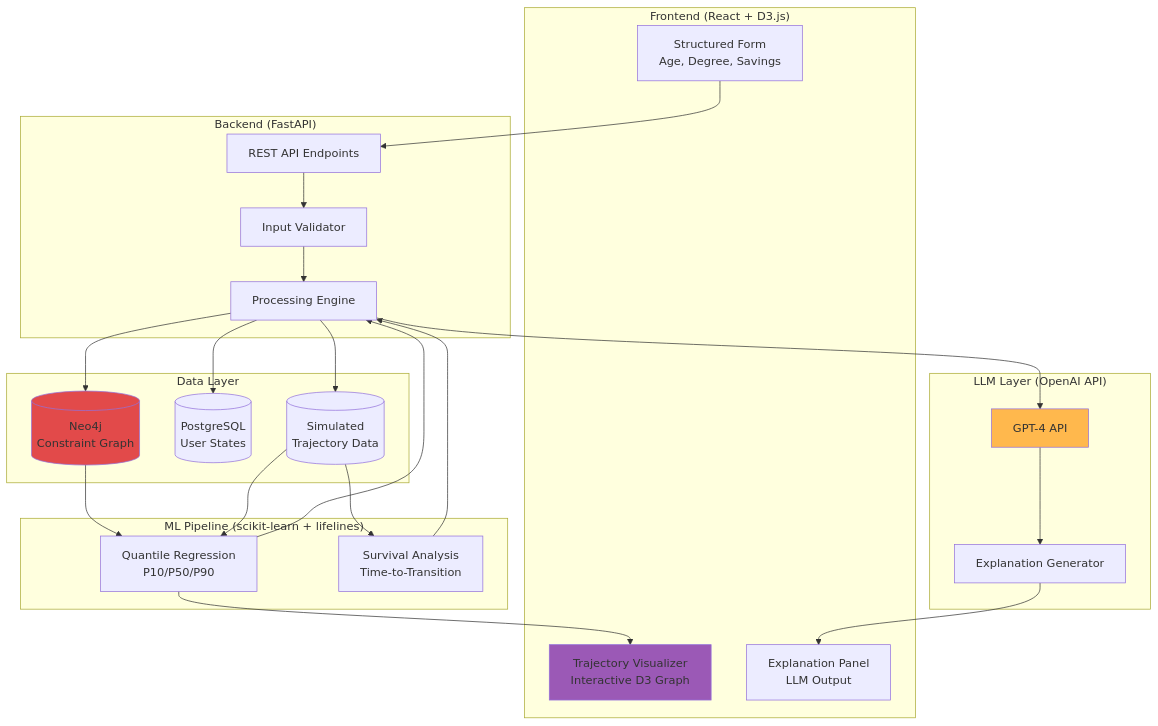
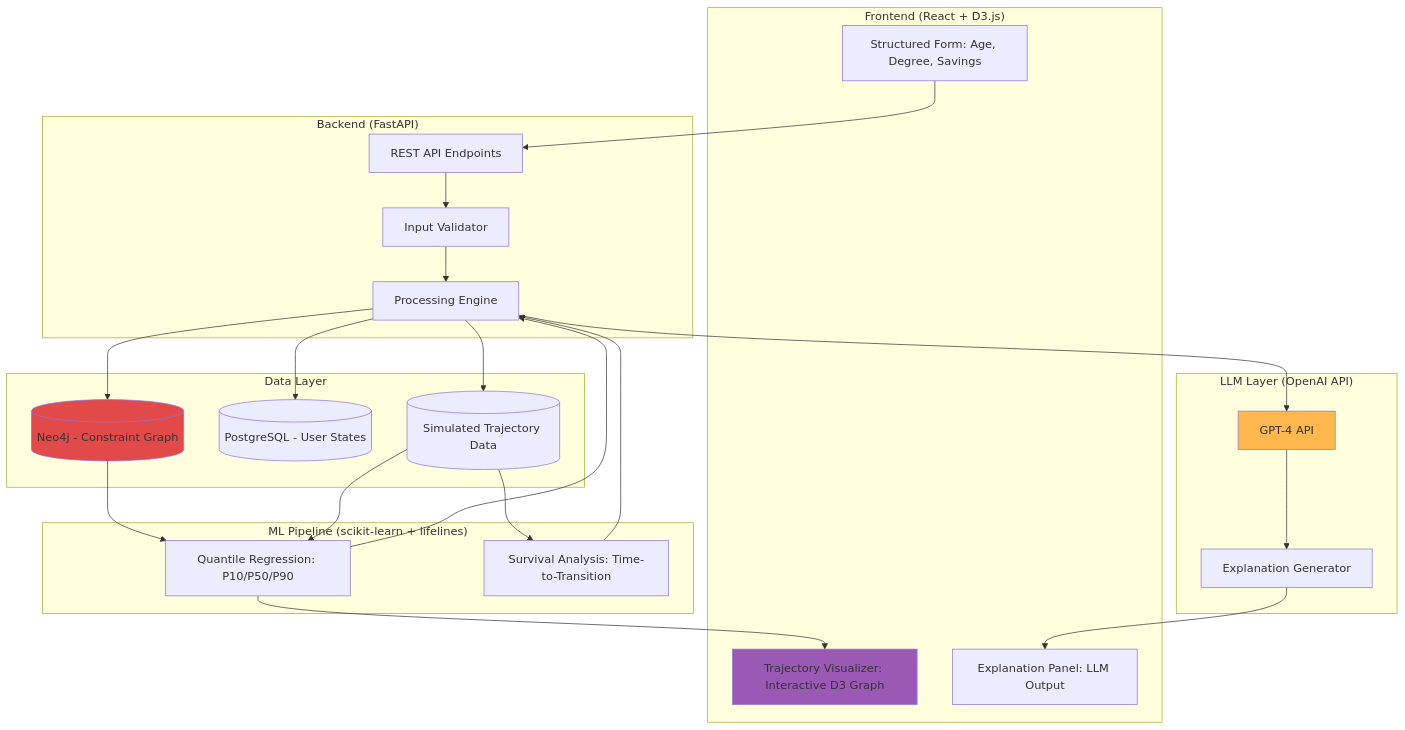
One commit to Nishant-coder-cpu/testing changed diagram 16 of 20 in ldc_flowcharts.md. Above: the diagram before and after it, drawn with Mermaid. The commit also changed other lines of this file, not shown here.

````diff
--- a/ldc_flowcharts.md
+++ b/ldc_flowcharts.md
@@ -836,56 +830,56 @@
 ```mermaid
 graph TB
     subgraph "Frontend (React + D3.js)"
-        UI_FORM[Structured Form<br/>Age, Degree, Savings]
-        UI_VIZ[Trajectory Visualizer<br/>Interactive D3 Graph]
-        UI_EXP[Explanation Panel<br/>LLM Output]
+        UI_FORM["Structured Form: Age, Degree, Savings"]
+        UI_VIZ["Trajectory Visualizer: Interactive D3 Graph"]
+        UI_EXP["Explanation Panel: LLM Output"]
     end
     
     subgraph "Backend (FastAPI)"
         API[REST API Endpoints]
         VAL[Input Validator]
         PROC[Processing Engine]
     end
     
     subgraph "Data Layer"
-        NEO[(Neo4j<br/>Constraint Graph)]
-        POSTGRES[(PostgreSQL<br/>User States)]
-        SIMDATA[(Simulated<br/>Trajectory Data)]
+        NEO[("Neo4j - Constraint Graph")]
+        POSTGRES[("PostgreSQL - User States")]
+        SIMDATA[("Simulated Trajectory Data")]
     end
     
     subgraph "ML Pipeline (scikit-learn + lifelines)"
-        QR_MODEL[Quantile Regression<br/>P10/P50/P90]
-        SURV_MODEL[Survival Analysis<br/>Time-to-Transition]
+        QR_MODEL["Quantile Regression: P10/P50/P90"]
+        SURV_MODEL["Survival Analysis: Time-to-Transition"]
     end
     
     subgraph "LLM Layer (OpenAI API)"
         GPT4[GPT-4 API]
         EXPL[Explanation Generator]
     end
     
     UI_FORM --> API
     API --> VAL
     VAL --> PROC
     
     PROC --> NEO
     PROC --> SIMDATA
     
     NEO --> QR_MODEL
     SIMDATA --> QR_MODEL
     SIMDATA --> SURV_MODEL
     
     QR_MODEL --> PROC
     SURV_MODEL --> PROC
     
     PROC --> GPT4
     GPT4 --> EXPL
     
     EXPL --> UI_EXP
     QR_MODEL --> UI_VIZ
     
     PROC --> POSTGRES
     
     style UI_VIZ fill:#9B59B6
     style NEO fill:#E24A4A
     style GPT4 fill:#FFB84D
 ```
````
